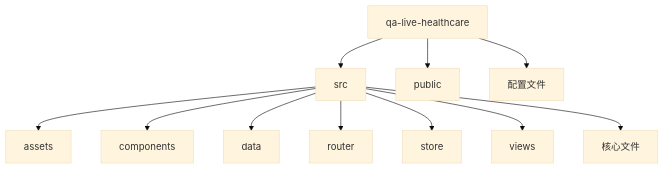
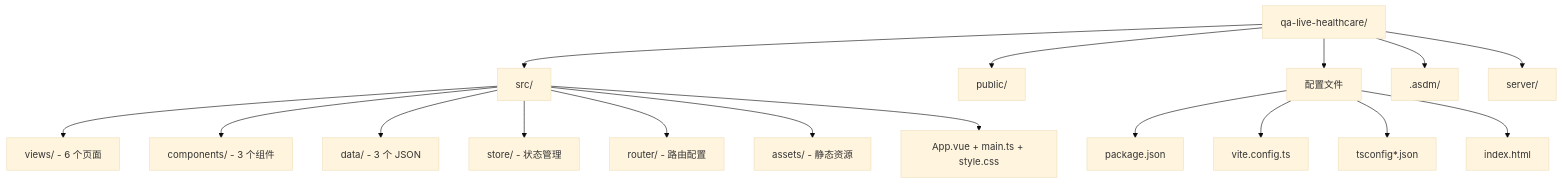
Before and after one commit to fanleiotot/qa-live-healthcare-interview: the first of 2 diagrams in .asdm/contexts/standard-project-structure.md, drawn with Mermaid (base theme). The commit also changed other lines of this file and 2 other files, not shown here.

````diff
--- a/.asdm/contexts/standard-project-structure.md
+++ b/.asdm/contexts/standard-project-structure.md
@@ -7,13 +7,21 @@
 ```mermaid
 graph TD
-    A[qa-live-healthcare] --> B[src]
-    A --> C[public]
-    A --> D[配置文件]
-    B --> E[assets]
-    B --> F[components]
-    B --> G[data]
-    B --> H[router]
-    B --> I[store]
-    B --> J[views]
-    B --> K[核心文件]
+    ROOT[qa-live-healthcare/] --> SRC[src/]
+    ROOT --> PUBLIC[public/]
+    ROOT --> CFG[配置文件]
+    ROOT --> ASDM[.asdm/]
+    ROOT --> SVR[server/]
+
+    SRC --> VIEWS[views/ - 6 个页面]
+    SRC --> COMP[components/ - 3 个组件]
+    SRC --> DATA[data/ - 3 个 JSON]
+    SRC --> STORE[store/ - 状态管理]
+    SRC --> ROUTER[router/ - 路由配置]
+    SRC --> ASSETS[assets/ - 静态资源]
+    SRC --> CORE[App.vue + main.ts + style.css]
+
+    CFG --> PCFG[package.json]
+    CFG --> VCFG[vite.config.ts]
+    CFG --> TCFG[tsconfig*.json]
+    CFG --> HTML[index.html]
 ```
````
